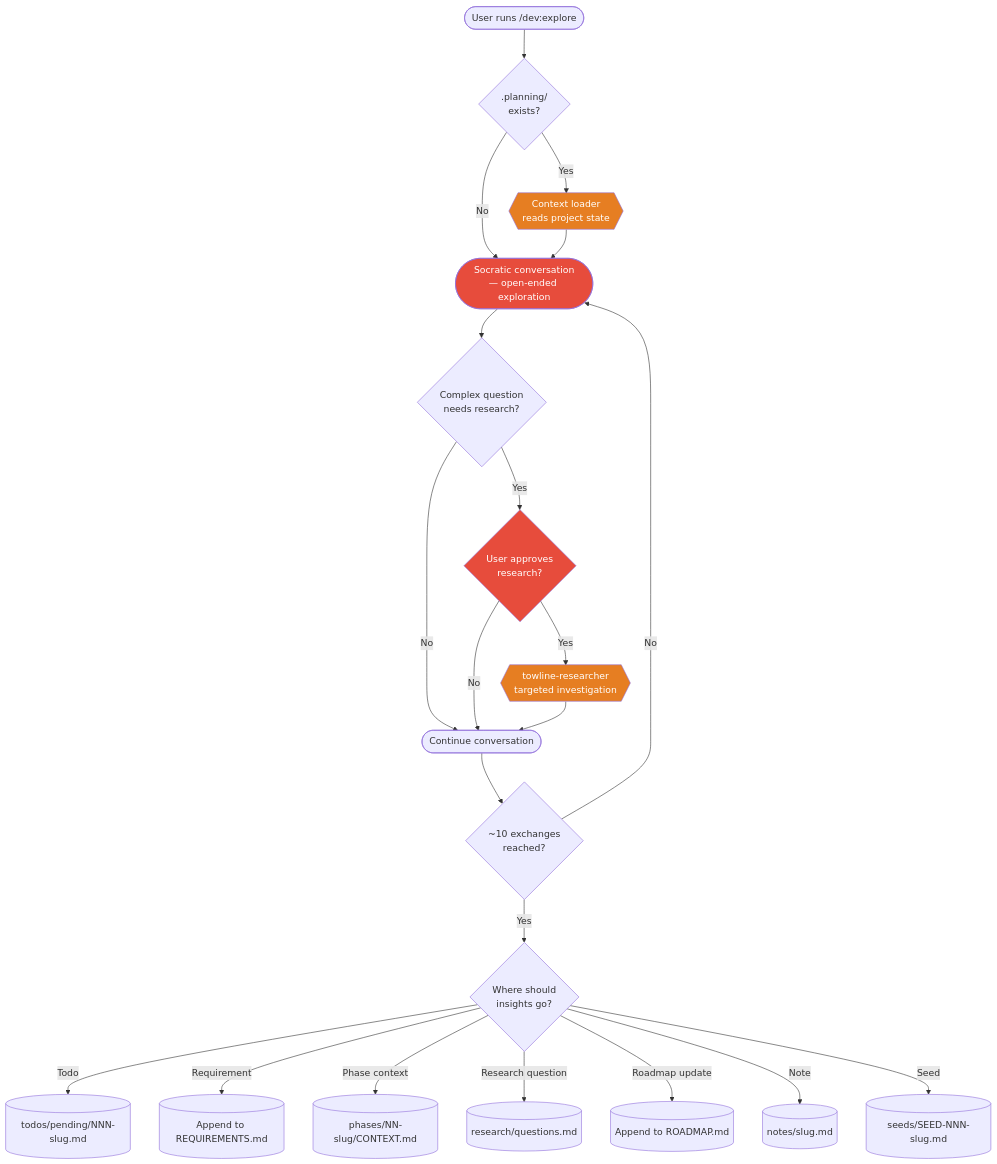
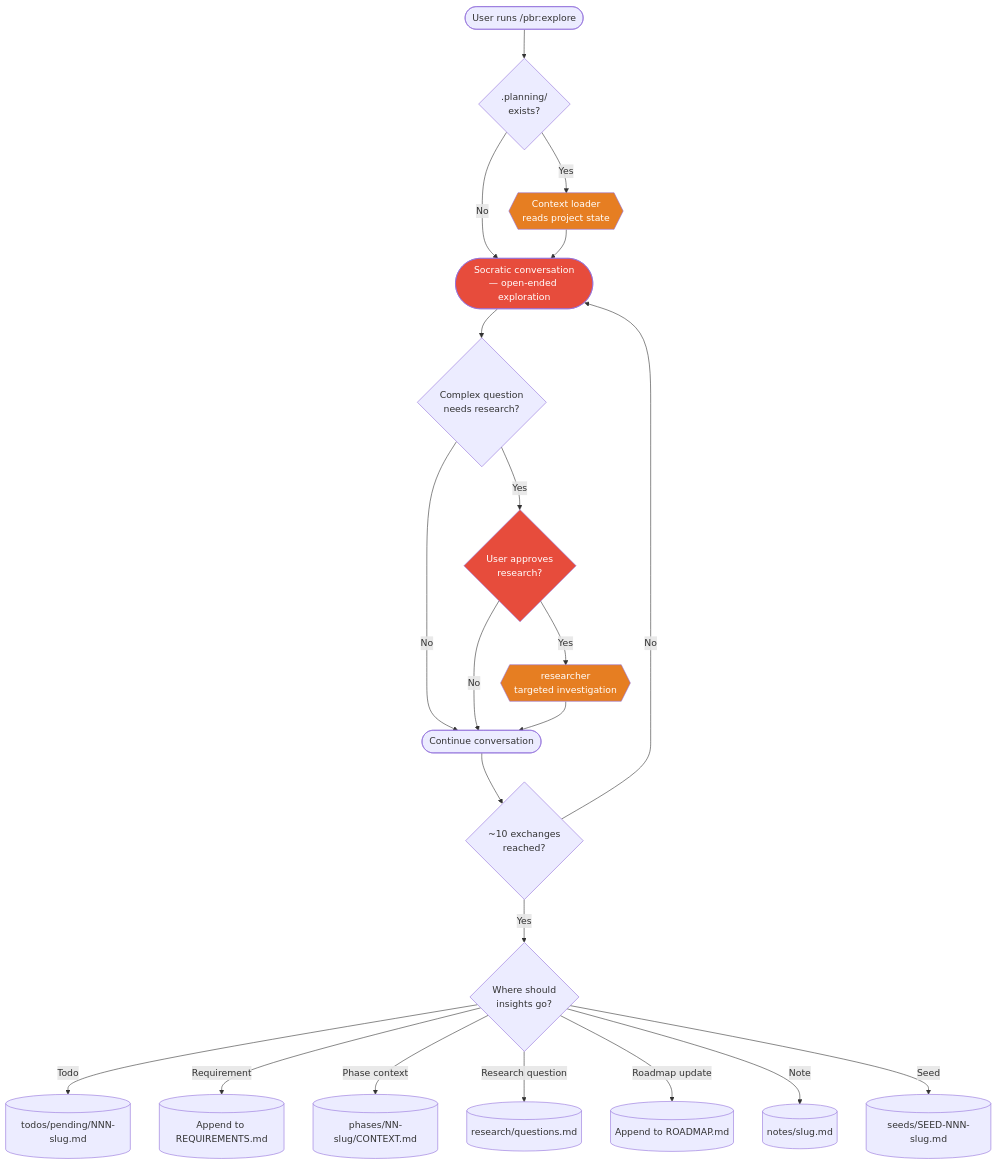
One commit to SienkLogic/plan-build-run changed the seventh of 14 diagrams in docs/ARCHITECTURE.md. Above: the diagram before and after it, drawn with Mermaid. The commit also changed other lines of this file and 358 other files, not shown here.

````diff
--- a/docs/ARCHITECTURE.md
+++ b/docs/ARCHITECTURE.md
@@ -343,36 +343,36 @@
 ```mermaid
 flowchart TD
-    Start([User runs /dev:explore]) --> ProjectExists{.planning/<br/>exists?}
+    Start([User runs /pbr:explore]) --> ProjectExists{.planning/<br/>exists?}
 
     ProjectExists -->|Yes| LoadCtx{{Context loader<br/>reads project state}}
     ProjectExists -->|No| FreeForm
 
     LoadCtx --> FreeForm([Socratic conversation<br/>— open-ended exploration])
 
     FreeForm --> ResearchNeeded{Complex question<br/>needs research?}
 
     ResearchNeeded -->|No| Continue([Continue conversation])
     ResearchNeeded -->|Yes| UserApproval{User approves<br/>research?}
     UserApproval -->|No| Continue
-    UserApproval -->|Yes| Researcher{{towline-researcher<br/>targeted investigation}}
+    UserApproval -->|Yes| Researcher{{researcher<br/>targeted investigation}}
     Researcher --> Continue
 
     Continue --> ContextPressure{~10 exchanges<br/>reached?}
     ContextPressure -->|No| FreeForm
     ContextPressure -->|Yes| OutputRouting
 
     OutputRouting{Where should<br/>insights go?}
 
     OutputRouting -->|"Todo"| Todo[(todos/pending/NNN-slug.md)]
     OutputRouting -->|"Requirement"| Req[(Append to REQUIREMENTS.md)]
     OutputRouting -->|"Phase context"| Ctx[(phases/NN-slug/CONTEXT.md)]
     OutputRouting -->|"Research question"| RQ[(research/questions.md)]
     OutputRouting -->|"Roadmap update"| RM[(Append to ROADMAP.md)]
     OutputRouting -->|"Note"| Note[(notes/slug.md)]
     OutputRouting -->|"Seed"| Seed[(seeds/SEED-NNN-slug.md)]
 
     style LoadCtx fill:#e67e22,color:#fff
     style Researcher fill:#e67e22,color:#fff
     style FreeForm fill:#e74c3c,color:#fff
     style UserApproval fill:#e74c3c,color:#fff
 ```
````
